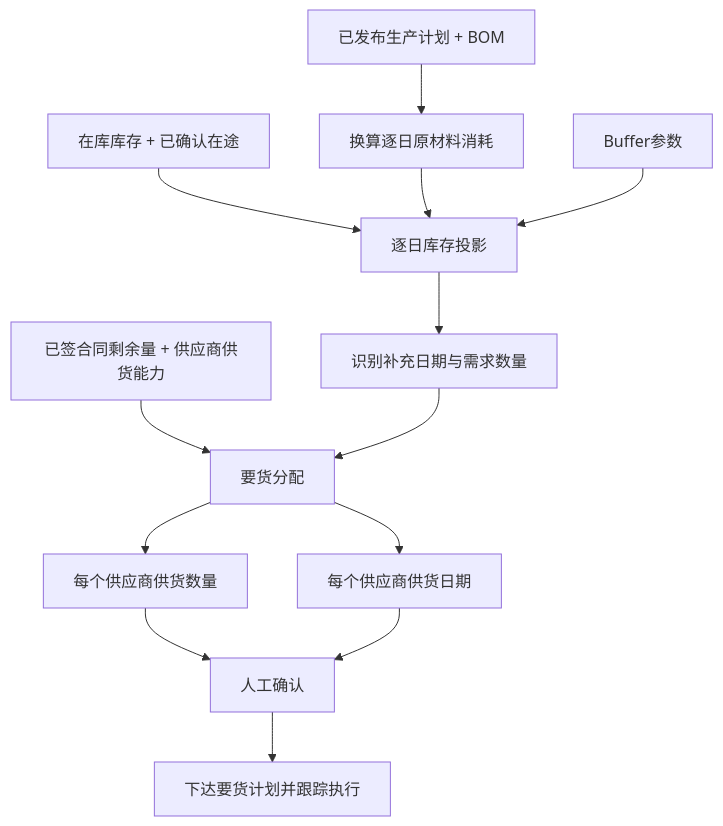
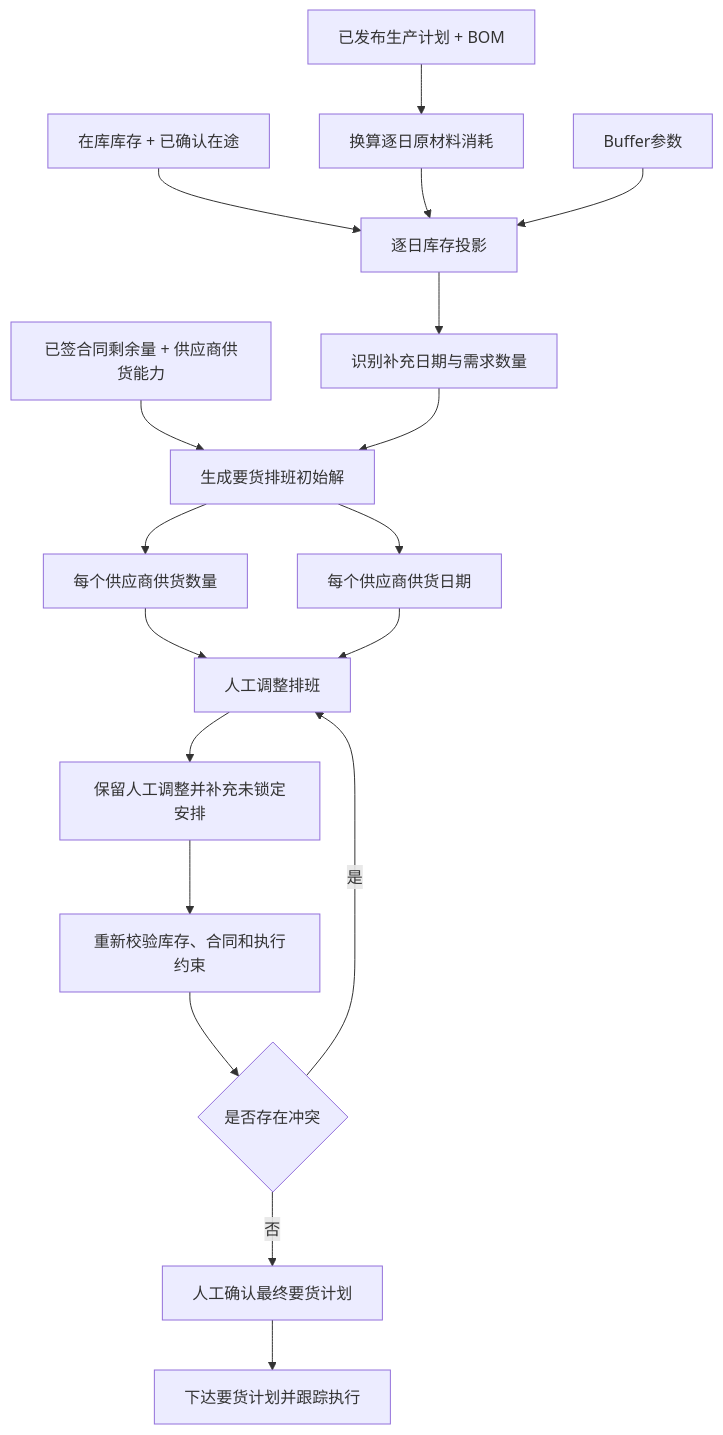
The diagram in 2-业务蓝图-draft/要货计划模块/要货计划模块技术方案.md (DDD71/scos_proj), drawn with Mermaid before and after one commit. The commit also changed other lines of this file and 1 other file, not shown here.

````diff
--- a/2-业务蓝图-draft/要货计划模块/要货计划模块技术方案.md
+++ b/2-业务蓝图-draft/要货计划模块/要货计划模块技术方案.md
@@ -50,15 +56,20 @@
 ```mermaid
 flowchart TB
     A["已发布生产计划 + BOM"] --> D["换算逐日原材料消耗"]
     B["在库库存 + 已确认在途"] --> E["逐日库存投影"]
     D --> E
     C["Buffer参数"] --> E
     E --> F["识别补充日期与需求数量"]
-    G["已签合同剩余量 + 供应商供货能力"] --> H["要货分配"]
+    G["已签合同剩余量 + 供应商供货能力"] --> H["生成要货排班初始解"]
     F --> H
     H --> I["每个供应商供货数量"]
     H --> J["每个供应商供货日期"]
-    I --> K["人工确认"]
+    I --> K["人工调整排班"]
     J --> K
-    K --> L["下达要货计划并跟踪执行"]
+    K --> M["保留人工调整并补充未锁定安排"]
+    M --> N["重新校验库存、合同和执行约束"]
+    N --> O{"是否存在冲突"}
+    O -->|是| K
+    O -->|否| P["人工确认最终要货计划"]
+    P --> L["下达要货计划并跟踪执行"]
 ```
````
